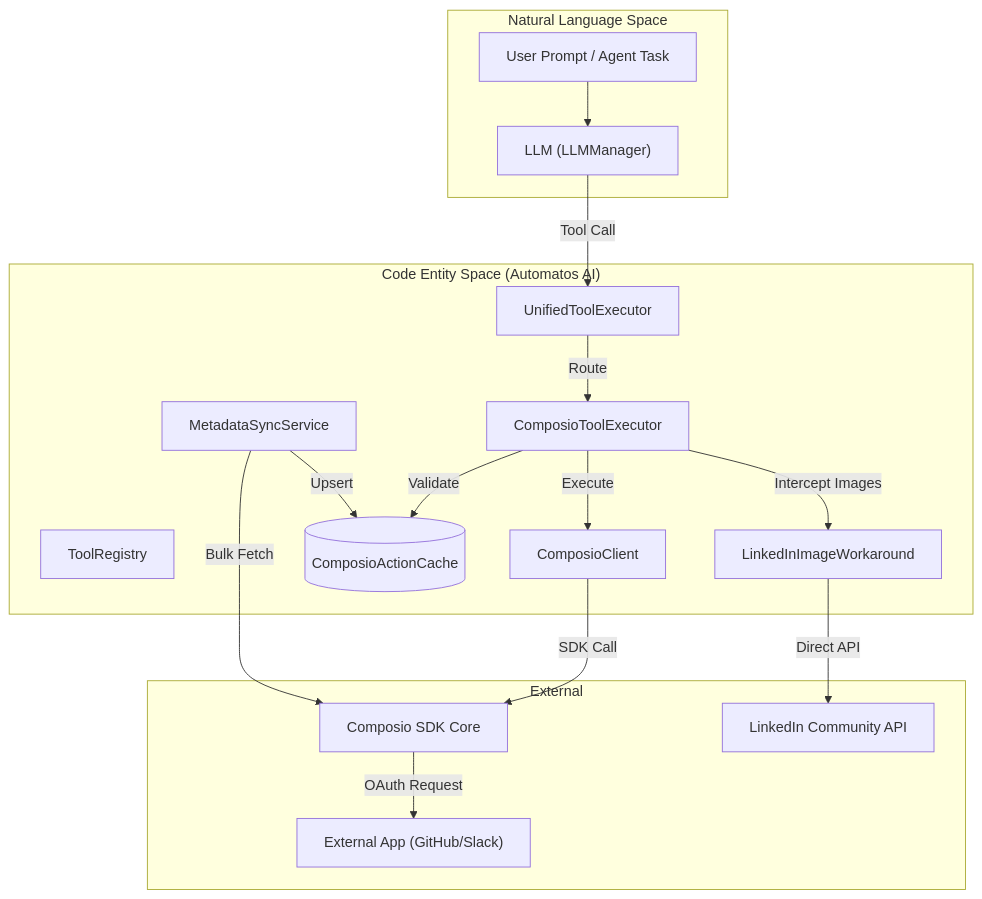
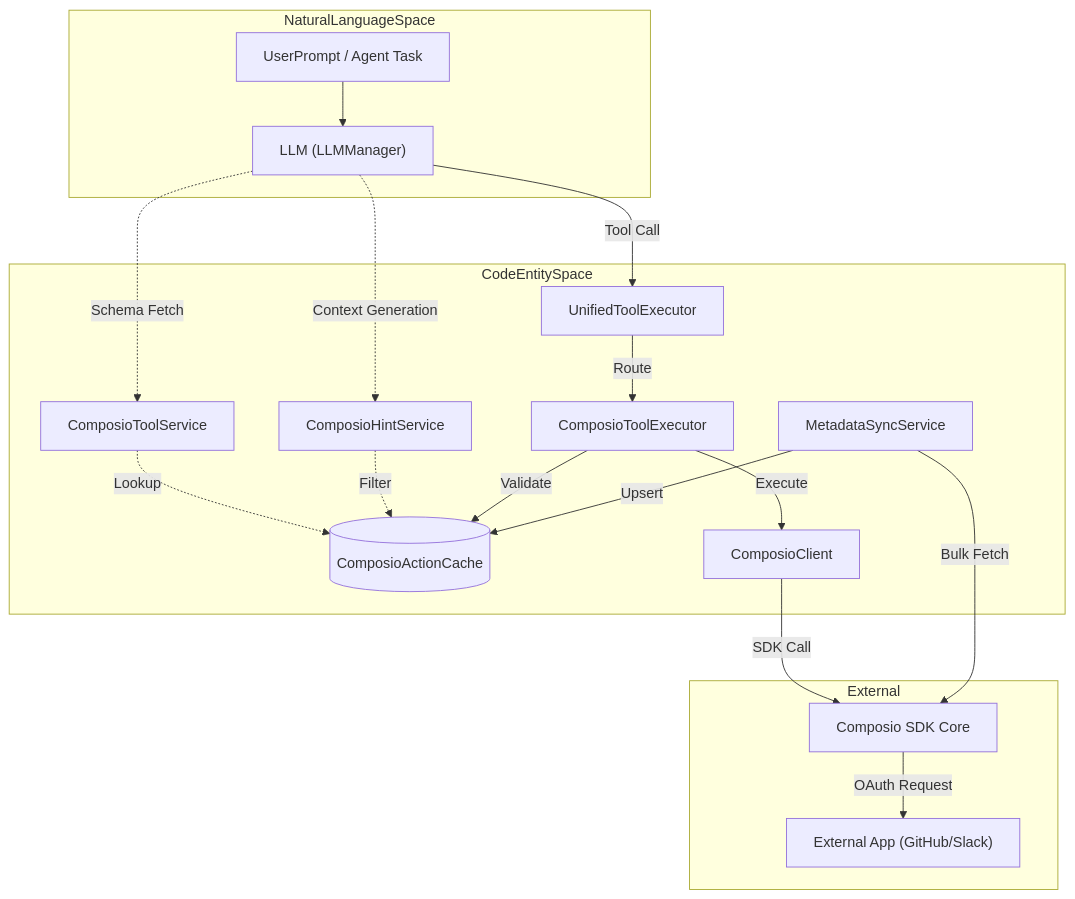
The first of 2 diagrams in docs/tools-integrations/composio-integration.md (AutomatosAI/automatos-ai), drawn with Mermaid before and after one commit. The commit also changed other lines of this file and 191 other files, not shown here.

````diff
--- a/docs/tools-integrations/composio-integration.md
+++ b/docs/tools-integrations/composio-integration.md
@@ -48,35 +70,36 @@
 ```mermaid
 graph TB
-    subgraph "Natural Language Space"
-        UserPrompt["User Prompt / Agent Task"]
+    subgraph "NaturalLanguageSpace"
+        UserPrompt["UserPrompt / Agent Task"]
         LLM["LLM (LLMManager)"]
     end
 
-    subgraph "Code Entity Space (Automatos AI)"
-        ToolRegistry["ToolRegistry"]
+    subgraph "CodeEntitySpace"
         MetadataSync["MetadataSyncService"]
         ActionCache[("ComposioActionCache")]
         UnifiedExec["UnifiedToolExecutor"]
         CompExec["ComposioToolExecutor"]
         CompClient["ComposioClient"]
-        LinkedInWorkaround["LinkedInImageWorkaround"]
+        HintService["ComposioHintService"]
+        ToolService["ComposioToolService"]
     end
 
     subgraph "External"
         ComposioSDK["Composio SDK Core"]
         ExternalApp["External App (GitHub/Slack)"]
-        LinkedInAPI["LinkedIn Community API"]
     end
 
     UserPrompt --> LLM
     MetadataSync -->|Bulk Fetch| ComposioSDK
     MetadataSync -->|Upsert| ActionCache
     LLM -->|Tool Call| UnifiedExec
     UnifiedExec -->|Route| CompExec
     CompExec -->|Validate| ActionCache
     CompExec -->|Execute| CompClient
     CompClient -->|SDK Call| ComposioSDK
-    CompExec -->|Intercept Images| LinkedInWorkaround
-    LinkedInWorkaround -->|Direct API| LinkedInAPI
     ComposioSDK -->|OAuth Request| ExternalApp
+    LLM -.->|Context Generation| HintService
+    HintService -.->|Filter| ActionCache
+    LLM -.->|Schema Fetch| ToolService
+    ToolService -.->|Lookup| ActionCache
 ```
````
